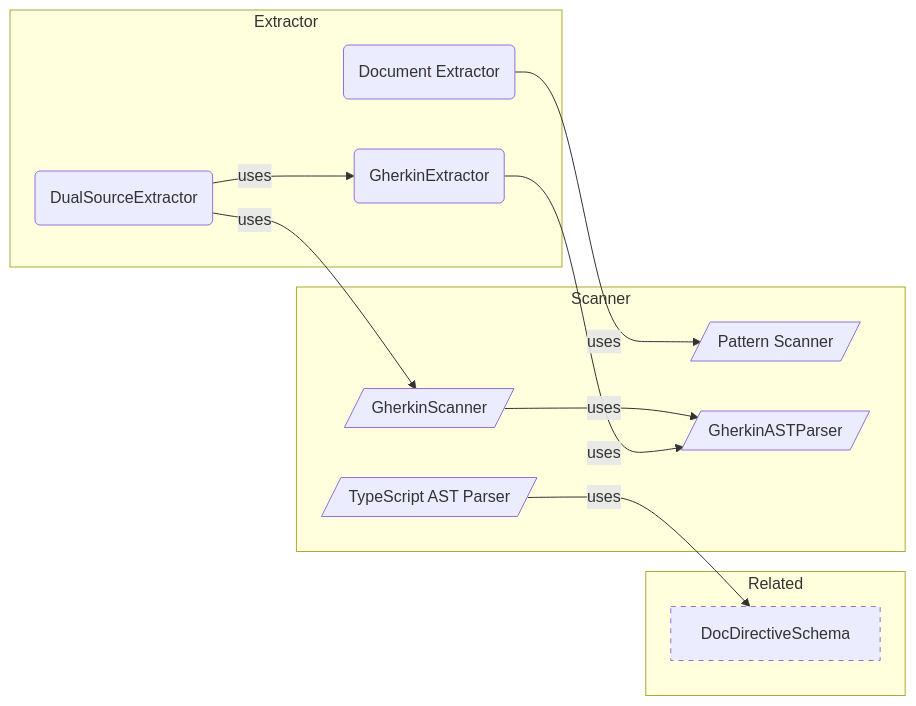
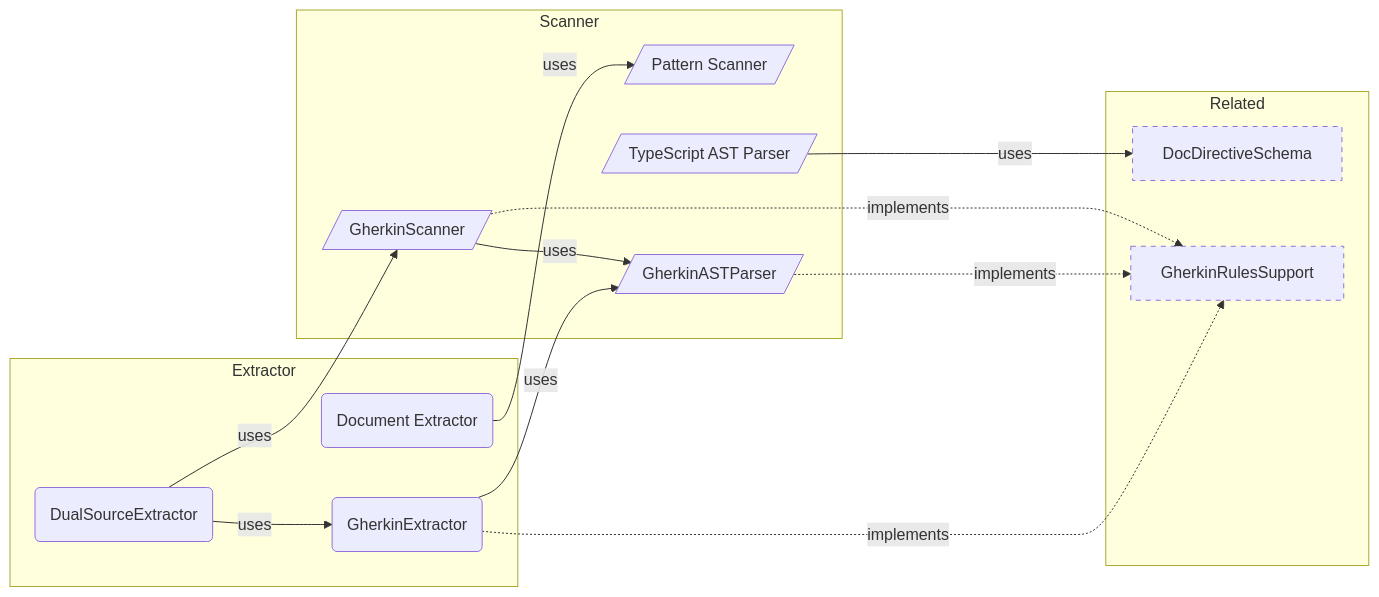
One commit to libar-dev/architect changed the second of 2 diagrams in docs-live/product-areas/ANNOTATION.md. Above: the diagram before and after it, drawn with Mermaid. The commit also changed other lines of this file and 33 other files, not shown here.

````diff
--- a/docs-live/product-areas/ANNOTATION.md
+++ b/docs-live/product-areas/ANNOTATION.md
@@ -52,24 +56,28 @@
 ```mermaid
 graph LR
     subgraph extractor["Extractor"]
         GherkinExtractor("GherkinExtractor")
         DualSourceExtractor("DualSourceExtractor")
         Document_Extractor("Document Extractor")
     end
     subgraph scanner["Scanner"]
         Pattern_Scanner[/"Pattern Scanner"/]
         GherkinScanner[/"GherkinScanner"/]
         GherkinASTParser[/"GherkinASTParser"/]
         TypeScript_AST_Parser[/"TypeScript AST Parser"/]
     end
     subgraph related["Related"]
         DocDirectiveSchema["DocDirectiveSchema"]:::neighbor
+        GherkinRulesSupport["GherkinRulesSupport"]:::neighbor
     end
     GherkinScanner -->|uses| GherkinASTParser
+    GherkinScanner ..->|implements| GherkinRulesSupport
+    GherkinASTParser ..->|implements| GherkinRulesSupport
     TypeScript_AST_Parser -->|uses| DocDirectiveSchema
     GherkinExtractor -->|uses| GherkinASTParser
+    GherkinExtractor ..->|implements| GherkinRulesSupport
     DualSourceExtractor -->|uses| GherkinExtractor
     DualSourceExtractor -->|uses| GherkinScanner
     Document_Extractor -->|uses| Pattern_Scanner
     classDef neighbor stroke-dasharray: 5 5
 ```
````
